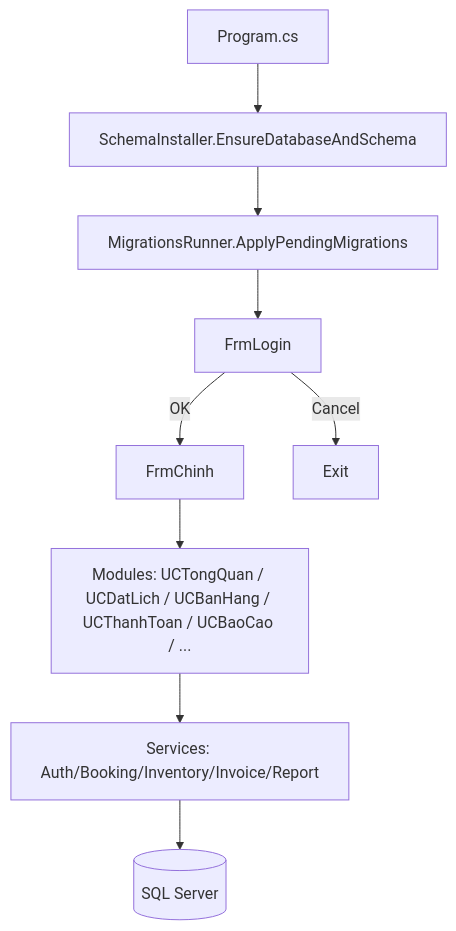
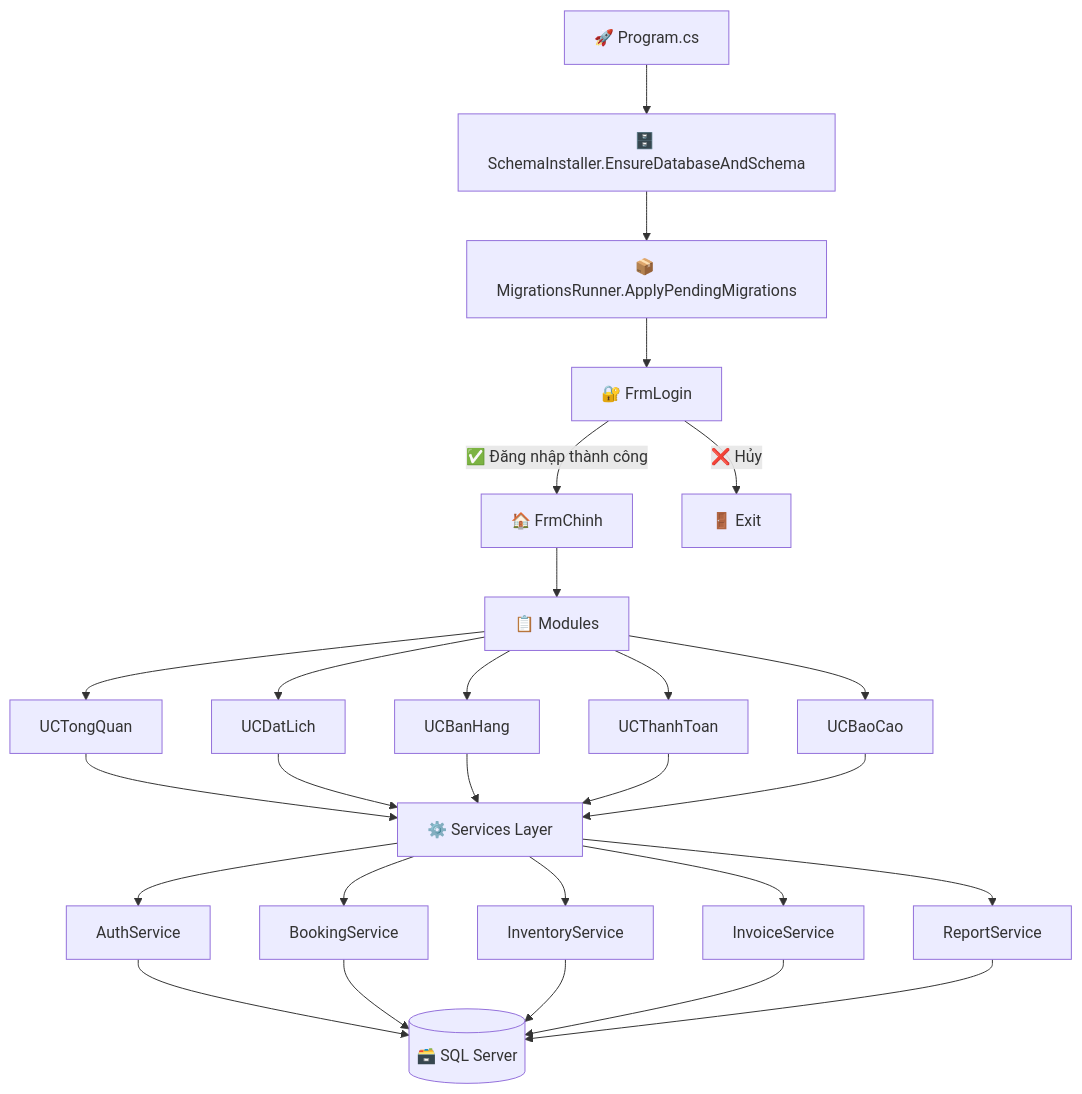
Before and after one commit to ManhTienBonedry/DemoPick: the diagram in README.md, drawn with Mermaid. The commit also changed other lines of this file, not shown here.

Commit message:
docs: Thiết kế lại toàn bộ README.md chuyên nghiệp với badges, collapsible sections, mermaid diagram

````diff
--- a/README.md
+++ b/README.md
@@ -59,12 +102,24 @@
 ```mermaid
 flowchart TD
-  A[Program.cs] --> B[SchemaInstaller.EnsureDatabaseAndSchema]
-  B --> C[MigrationsRunner.ApplyPendingMigrations]
-  C --> D[FrmLogin]
-  D -->|OK| E[FrmChinh]
-  D -->|Cancel| Z[Exit]
+  A[🚀 Program.cs] --> B[🗄️ SchemaInstaller.EnsureDatabaseAndSchema]
+  B --> C[📦 MigrationsRunner.ApplyPendingMigrations]
+  C --> D[🔐 FrmLogin]
+  D -->|✅ Đăng nhập thành công| E[🏠 FrmChinh]
+  D -->|❌ Hủy| Z[🚪 Exit]
 
-  E --> F[Modules: UCTongQuan / UCDatLich / UCBanHang / UCThanhToan / UCBaoCao / ...]
-  F --> G[Services: Auth/Booking/Inventory/Invoice/Report]
-  G --> H[(SQL Server)]
+  E --> F[📋 Modules]
+  F --> F1[UCTongQuan]
+  F --> F2[UCDatLich]
+  F --> F3[UCBanHang]
+  F --> F4[UCThanhToan]
+  F --> F5[UCBaoCao]
+
+  F1 & F2 & F3 & F4 & F5 --> G[⚙️ Services Layer]
+  G --> G1[AuthService]
+  G --> G2[BookingService]
+  G --> G3[InventoryService]
+  G --> G4[InvoiceService]
+  G --> G5[ReportService]
+
+  G1 & G2 & G3 & G4 & G5 --> H[(🗃️ SQL Server)]
 ```
````
